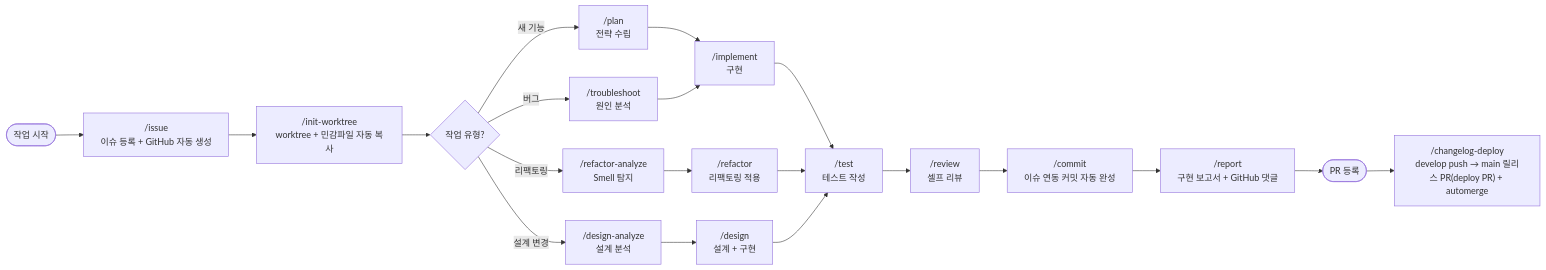
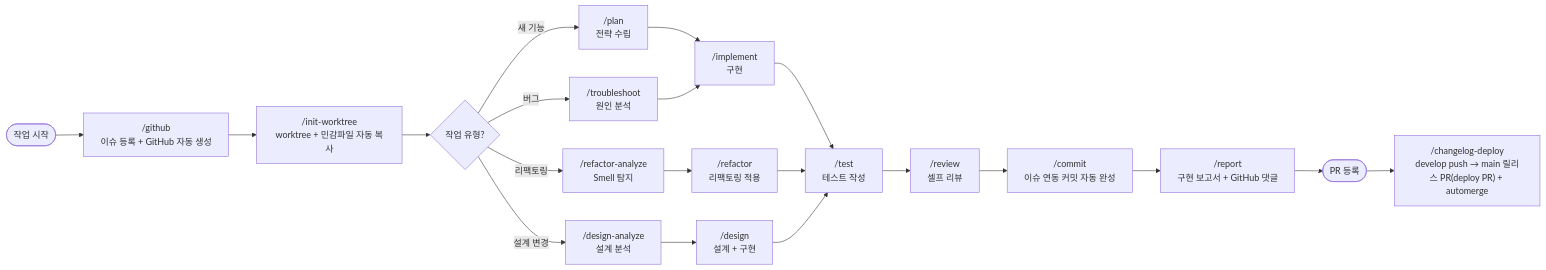
One commit to Cassiiopeia/SUH-DEVOPS-TEMPLATE changed the diagram in docs/SKILLS.md. Above: the diagram before and after it, drawn with Mermaid. The commit also changed other lines of this file and 21 other files, not shown here.

````diff
--- a/docs/SKILLS.md
+++ b/docs/SKILLS.md
@@ -518,26 +504,26 @@
 ```mermaid
 flowchart LR
-    A([작업 시작]) --> B["/issue\n이슈 등록 + GitHub 자동 생성"]
+    A([작업 시작]) --> B["/github\n이슈 등록 + GitHub 자동 생성"]
     B --> C["/init-worktree\nworktree + 민감파일 자동 복사"]
     C --> D{작업 유형?}
 
     D -->|새 기능| E1["/plan\n전략 수립"]
     D -->|버그| E2["/troubleshoot\n원인 분석"]
     D -->|리팩토링| E3["/refactor-analyze\nSmell 탐지"]
     D -->|설계 변경| E4["/design-analyze\n설계 분석"]
 
     E1 --> F1["/implement\n구현"]
     E2 --> F1
     E3 --> F2["/refactor\n리팩토링 적용"]
     E4 --> F3["/design\n설계 + 구현"]
 
     F1 --> G["/test\n테스트 작성"]
     F2 --> G
     F3 --> G
 
     G --> H["/review\n셀프 리뷰"]
     H --> I["/commit\n이슈 연동 커밋 자동 완성"]
     I --> J["/report\n구현 보고서 + GitHub 댓글"]
     J --> K([PR 등록])
     K --> L["/changelog-deploy\ndevelop push → main 릴리스 PR(deploy PR) + automerge"]
 ```
````
